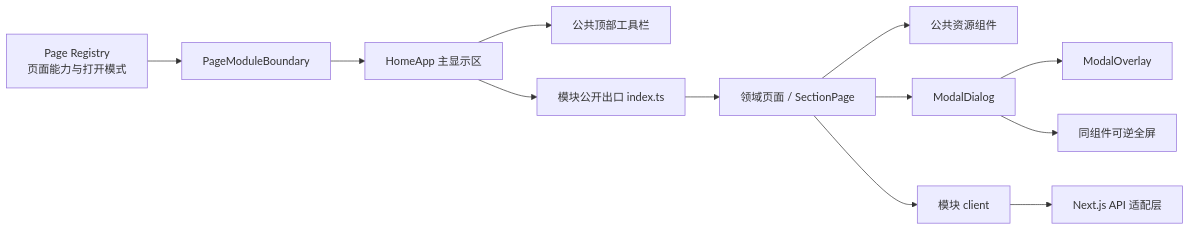
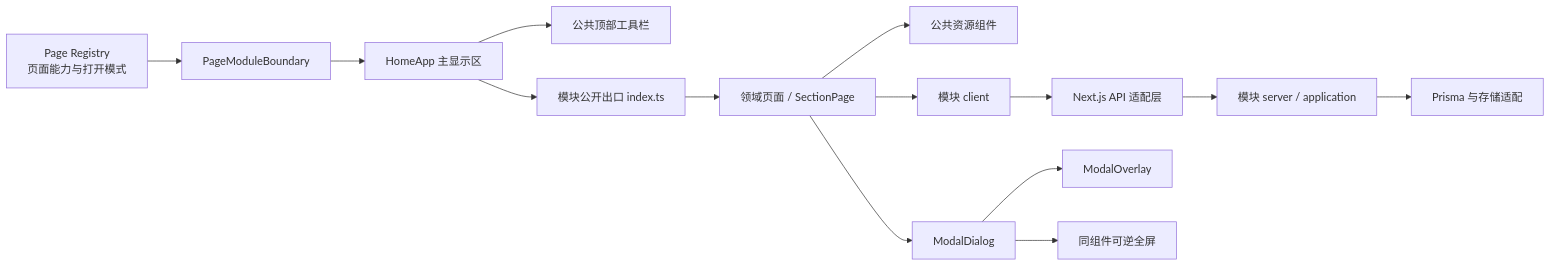
Before and after one commit to goldf2/mes-lite: the second of 2 diagrams in docs/architecture/系统结构图.md, drawn with Mermaid. The commit also changed other lines of this file and 16 other files, not shown here.

````diff
--- a/docs/architecture/系统结构图.md
+++ b/docs/architecture/系统结构图.md
@@ -63,14 +63,16 @@
 ```mermaid
 flowchart LR
   Registry["Page Registry\n页面能力与打开模式"] --> Boundary["PageModuleBoundary"]
   Boundary --> Shell["HomeApp 主显示区"]
   Shell --> Toolbar["公共顶部工具栏"]
   Shell --> Gateway["模块公开出口 index.ts"]
   Gateway --> Page["领域页面 / SectionPage"]
   Page --> Resource["公共资源组件"]
   Page --> Dialog["ModalDialog"]
   Page --> Client["模块 client"]
   Client --> API["Next.js API 适配层"]
+  API --> Service["模块 server / application"]
+  Service --> Prisma["Prisma 与存储适配"]
   Dialog --> Overlay["ModalOverlay"]
   Dialog --> Fullscreen["同组件可逆全屏"]
 ```
````
